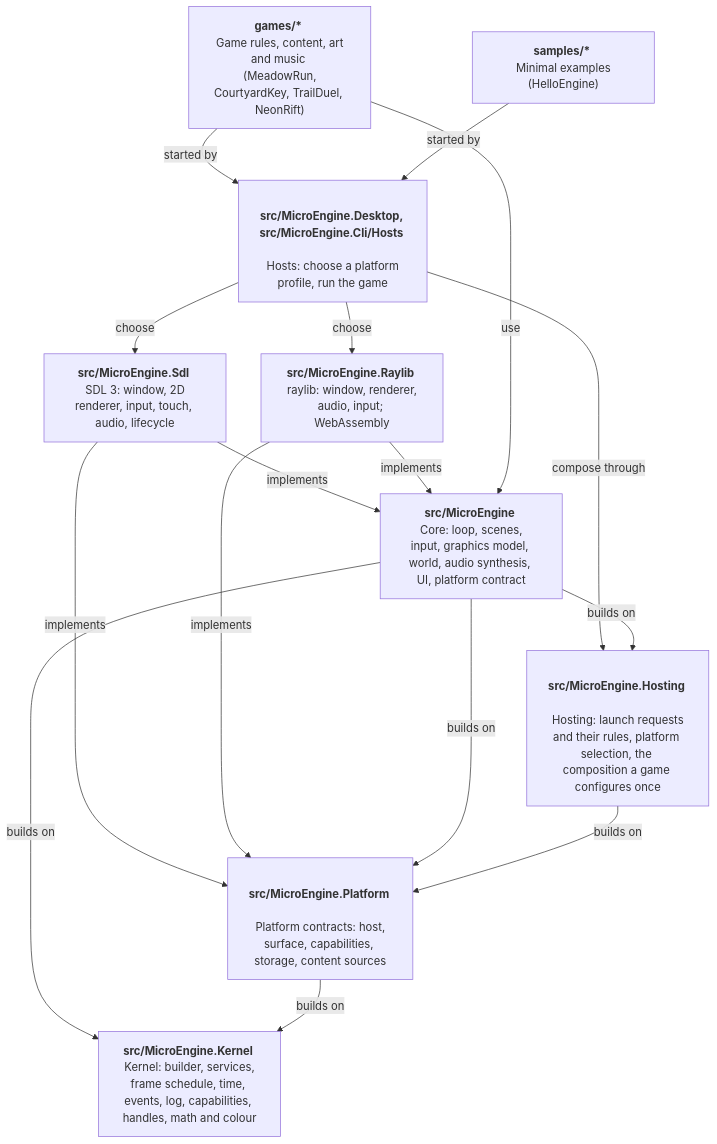
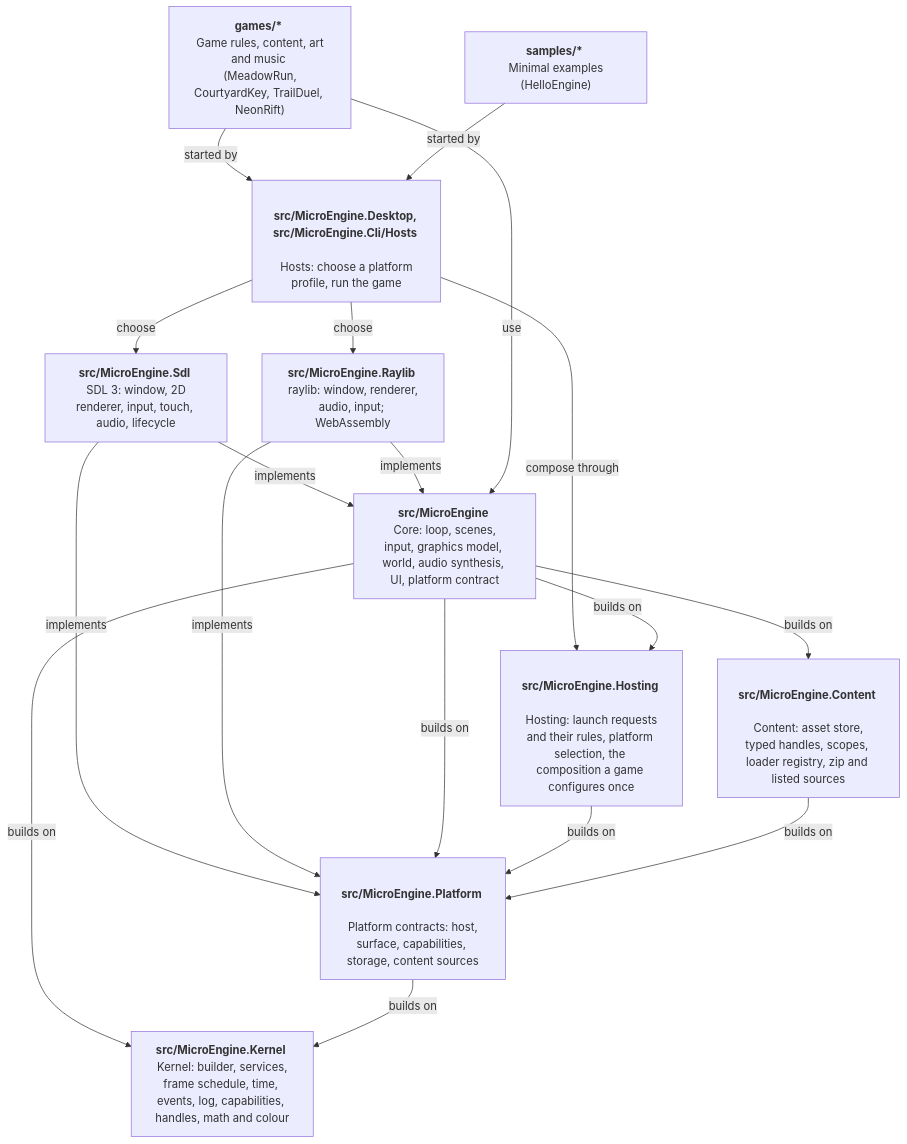
The diagram in docs/architecture.md (NastMz/MicroEngine), drawn with Mermaid before and after one commit. The commit also changed other lines of this file and 35 other files, not shown here.

Commit message:
docs: content handles, loaders and sources; ADR 0034 and the ADR 0025 amendment

````diff
--- a/docs/architecture.md
+++ b/docs/architecture.md
@@ -11,29 +11,32 @@
 ```mermaid
 flowchart TB
   accTitle: Layers
   accDescr: Games and samples start through the hosts, which compose them through hosting and offer the SDL and raylib backends; both implement the platform contract, which builds on the kernel.
   games["<b> games/* </b> <br/> Game rules, content, art and music <br/> (MeadowRun, CourtyardKey, TrailDuel, NeonRift)"]
   samples["<b> samples/* </b> <br/> Minimal examples (HelloEngine)"]
   hosts["<b> src/MicroEngine.Desktop, src/MicroEngine.Cli/Hosts </b> <br/> Hosts: choose a platform profile, run the game"]
   sdl["<b> src/MicroEngine.Sdl </b> <br/> SDL 3: window, 2D renderer, input, touch, audio, lifecycle"]
   raylib["<b> src/MicroEngine.Raylib </b> <br/> raylib: window, renderer, audio, input; WebAssembly"]
   core["<b> src/MicroEngine </b> <br/> Core: loop, scenes, input, graphics model, world, audio synthesis, UI, platform contract"]
   platform["<b> src/MicroEngine.Platform </b> <br/> Platform contracts: host, surface, capabilities, storage, content sources"]
   hosting["<b> src/MicroEngine.Hosting </b> <br/> Hosting: launch requests and their rules, platform selection, the composition a game configures once"]
+  content["<b> src/MicroEngine.Content </b> <br/> Content: asset store, typed handles, scopes, loader registry, zip and listed sources"]
   kernel["<b> src/MicroEngine.Kernel </b> <br/> Kernel: builder, services, frame schedule, time, events, log, capabilities, handles, math and colour"]
   games -- started by --> hosts
   samples -- started by --> hosts
   hosts -- choose --> sdl
   hosts -- choose --> raylib
   hosts -- compose through --> hosting
   sdl -- implements --> core
   raylib -- implements --> core
   sdl -- implements --> platform
   raylib -- implements --> platform
   games -- use --> core
   core -- builds on --> platform
   core -- builds on --> kernel
   platform -- builds on --> kernel
   core -- builds on --> hosting
   hosting -- builds on --> platform
+  core -- builds on --> content
+  content -- builds on --> platform
 ```
````
